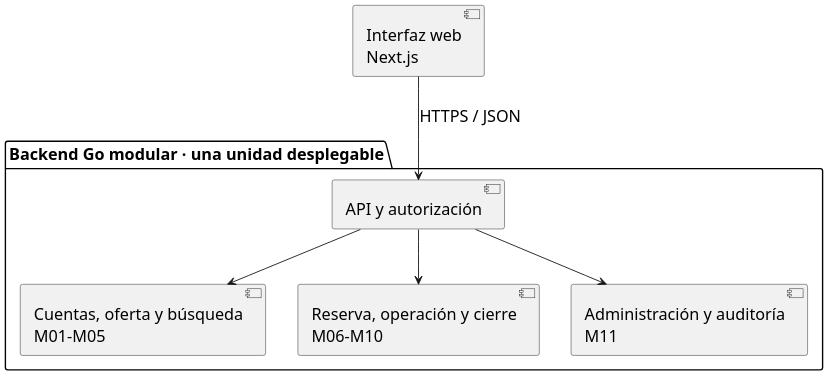
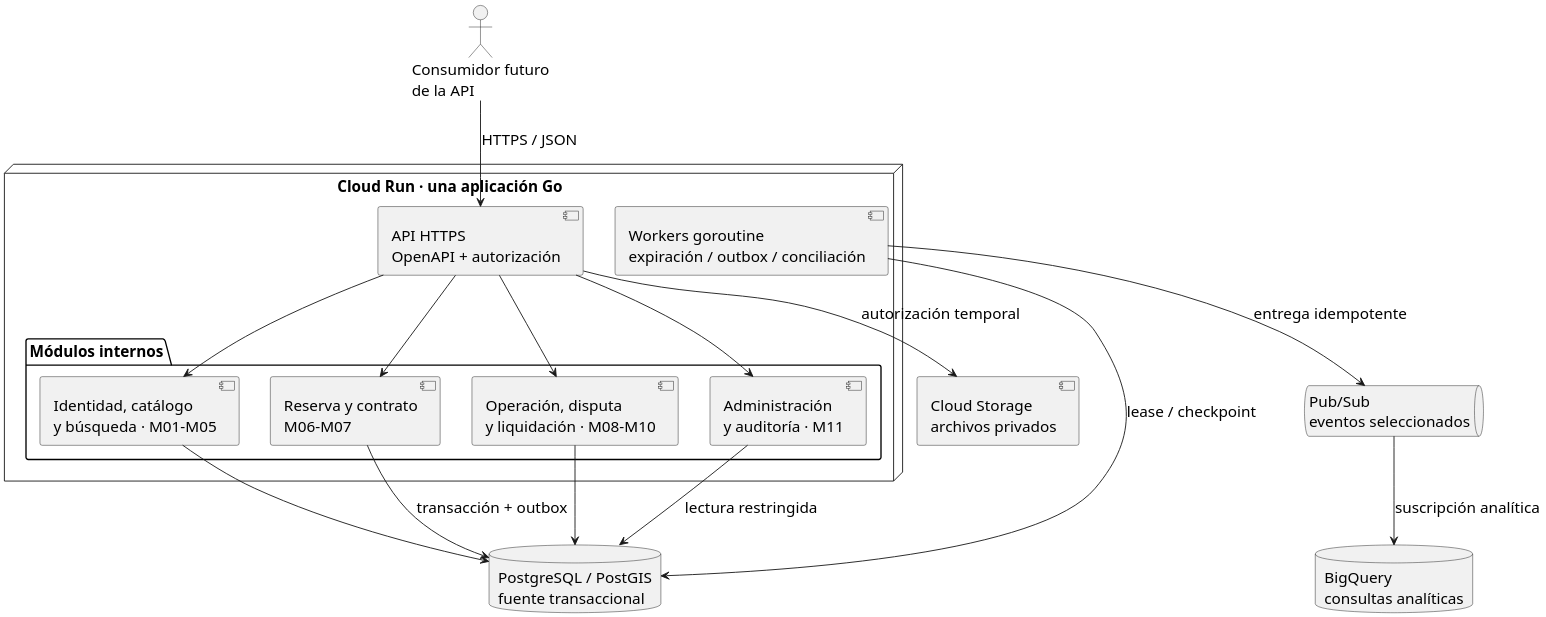
Before and after one commit to HernanEspinozaDev/proyectotitulo: the diagram in Informes/ES2PT/diagramas/componentes_flujos.puml, drawn with PlantUML. The commit also changed 20 other files, not shown here.

```diff
--- a/Informes/ES2PT/diagramas/componentes_flujos.puml
+++ b/Informes/ES2PT/diagramas/componentes_flujos.puml
@@ -1,20 +1,38 @@
 @startuml
 skinparam dpi 180
 skinparam shadowing false
 skinparam defaultFontName Arial
-skinparam defaultFontSize 18
+skinparam defaultFontSize 17
 skinparam backgroundColor white
 skinparam componentStyle uml2
 top to bottom direction
-component "Interfaz web\nNext.js" as UI
-package "Backend Go modular · una unidad desplegable" {
-  component "API y autorización" as API
-  component "Cuentas, oferta y búsqueda\nM01–M05" as INICIO
-  component "Reserva, operación y cierre\nM06–M10" as CICLO
-  component "Administración y auditoría\nM11" as ADM
+actor "Consumidor futuro\nde la API" as CLIENT
+node "Cloud Run · una aplicación Go" {
+  component "API HTTPS\nOpenAPI + autorización" as API
+  package "Módulos internos" {
+    component "Identidad, catálogo\ny búsqueda · M01–M05" as CATALOG
+    component "Reserva y contrato\nM06–M07" as BOOKING
+    component "Operación, disputa\ny liquidación · M08–M10" as OPS
+    component "Administración\ny auditoría · M11" as ADMIN
+  }
+  component "Workers goroutine\nexpiración / outbox / conciliación" as WORKER
 }
-UI --> API : HTTPS / JSON
-API --> INICIO
-API --> CICLO
-API --> ADM
+database "PostgreSQL / PostGIS\nfuente transaccional" as DB
+component "Cloud Storage\narchivos privados" as STORAGE
+queue "Pub/Sub\neventos seleccionados" as PUBSUB
+database "BigQuery\nconsultas analíticas" as BQ
+
+CLIENT --> API : HTTPS / JSON
+API --> CATALOG
+API --> BOOKING
+API --> OPS
+API --> ADMIN
+CATALOG --> DB
+BOOKING --> DB : transacción + outbox
+OPS --> DB
+ADMIN --> DB : lectura restringida
+WORKER --> DB : lease / checkpoint
+WORKER --> PUBSUB : entrega idempotente
+API --> STORAGE : autorización temporal
+PUBSUB --> BQ : suscripción analítica
 @enduml
```
